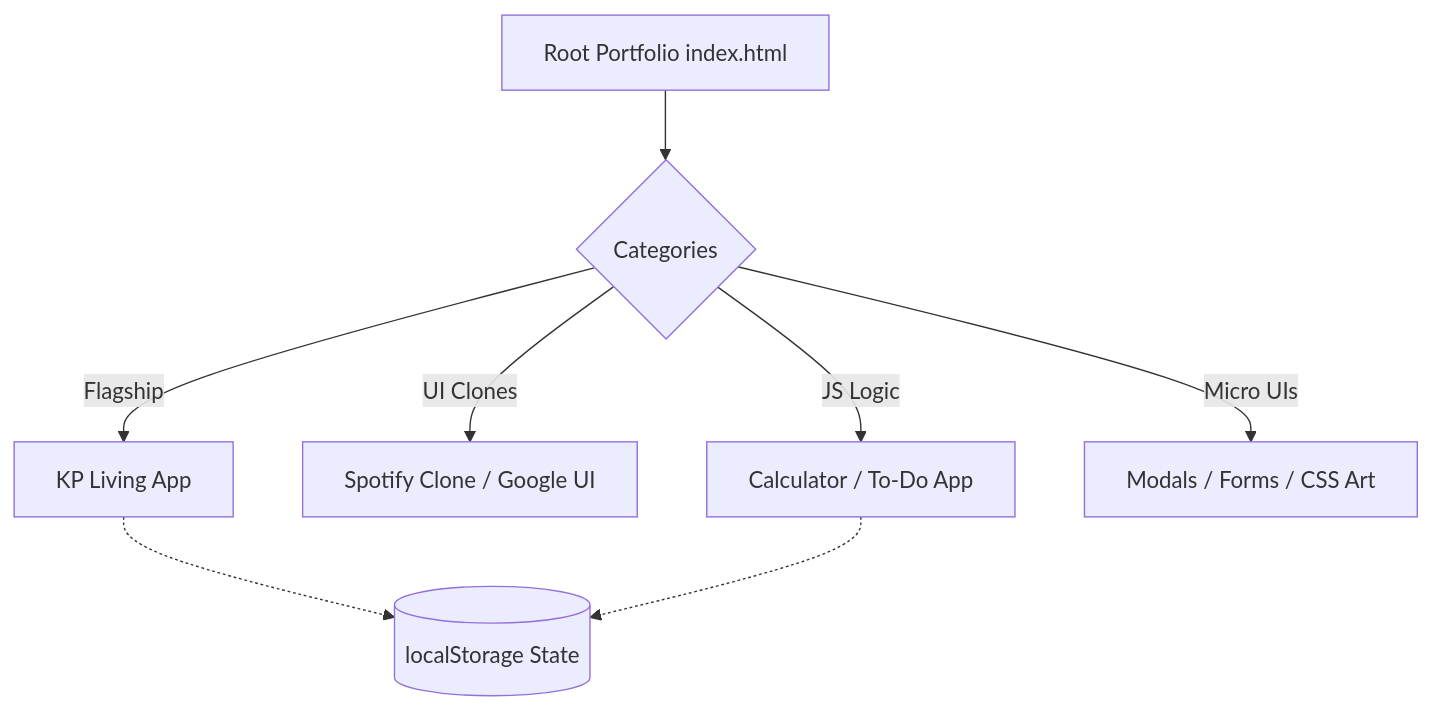
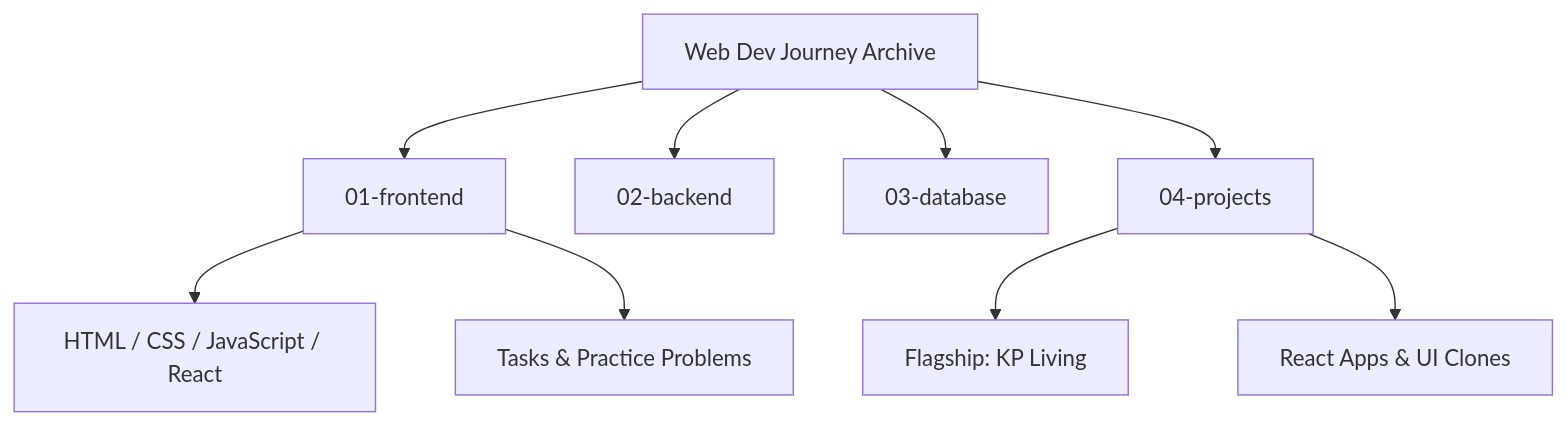
Before and after one commit to KaushalxPrajapati/web-dev-journey: the diagram in README.md, drawn with Mermaid. The commit also changed other lines of this file and 3 other files, not shown here.

````diff
--- a/README.md
+++ b/README.md
@@ -81,11 +71,12 @@
 ```mermaid
 graph TD;
-    A[Root Portfolio index.html] --> B{Categories};
-    B -->|Flagship| C[KP Living App];
-    B -->|UI Clones| D[Spotify Clone / Google UI];
-    B -->|JS Logic| E[Calculator / To-Do App];
-    B -->|Micro UIs| F[Modals / Forms / CSS Art];
+    A[Web Dev Journey Archive] --> B[01-frontend];
+    A --> C[02-backend];
+    A --> D[03-database];
+    A --> E[04-projects];
 
-    C -.-> G[(localStorage State)];
-    E -.-> G;
+    B --> B1[HTML / CSS / JavaScript / React];
+    B --> B2[Tasks & Practice Problems];
+    E --> E1[Flagship: KP Living];
+    E --> E2[React Apps & UI Clones];
 ```
````
